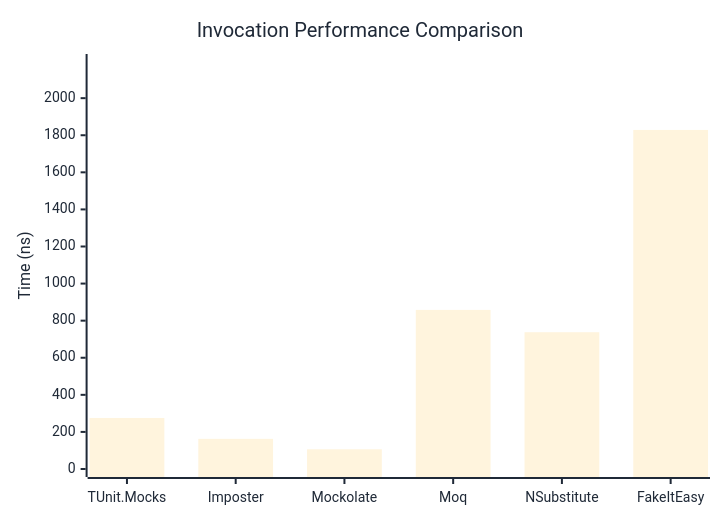
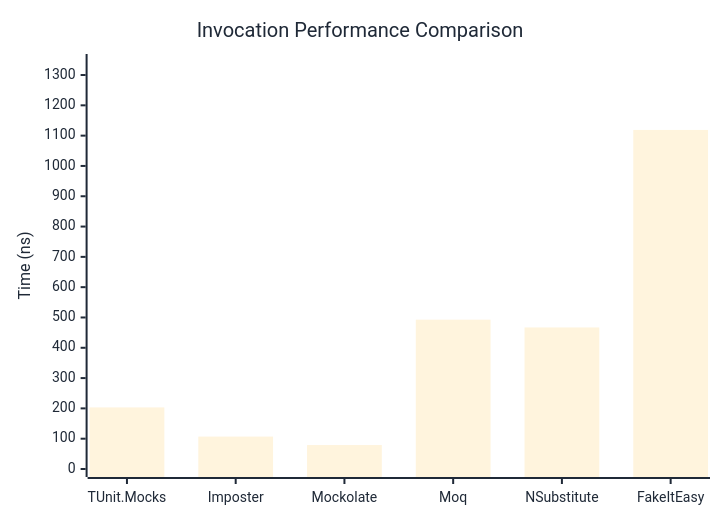
The first of 3 diagrams in docs/docs/benchmarks/mocks/Invocation.md (thomhurst/TUnit), drawn with Mermaid before and after one commit. The commit also changed other lines of this file and 14 other files, not shown here.

````diff
--- a/docs/docs/benchmarks/mocks/Invocation.md
+++ b/docs/docs/benchmarks/mocks/Invocation.md
@@ -30,27 +30,27 @@
 ```mermaid
 %%{init: {
   'theme':'base',
   'themeVariables': {
     'primaryColor': '#2563eb',
     'primaryTextColor': '#1f2937',
     'primaryBorderColor': '#1e40af',
     'lineColor': '#6b7280',
     'secondaryColor': '#7c3aed',
     'tertiaryColor': '#dc2626',
     'background': '#ffffff',
     'pie1': '#2563eb',
     'pie2': '#7c3aed',
     'pie3': '#dc2626',
     'pie4': '#f59e0b',
     'pie5': '#10b981',
     'pie6': '#06b6d4',
     'pie7': '#ec4899',
     'pie8': '#6366f1'
   }
 }}%%
 xychart-beta
   title "Invocation Performance Comparison"
   x-axis ["TUnit.Mocks", "Imposter", "Mockolate", "Moq", "NSubstitute", "FakeItEasy"]
-  y-axis "Time (ns)" 0 --> 2195
-  bar [275.33, 162.65, 106.35, 857.95, 737.66, 1828.58]
+  y-axis "Time (ns)" 0 --> 1343
+  bar [203.2, 106.96, 79.01, 492.77, 467.04, 1118.82]
 ```
````
